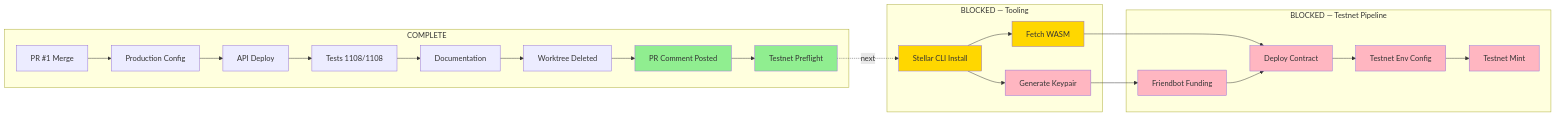
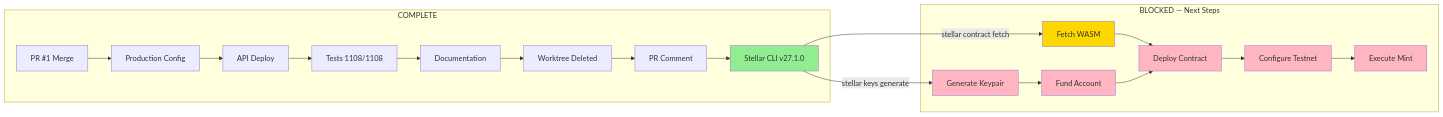
The diagram in docs/superpowers/diagrams/2026-08-19-dependency-map.md (SM-Web-Systems/lms-crypto-production), drawn with Mermaid before and after one commit. The commit also changed other lines of this file and 10 other files, not shown here.

First line of the commit message:
docs: phase 6 — Stellar CLI v27.1.0 installed, testnet readiness documented

````diff
--- a/docs/superpowers/diagrams/2026-08-19-dependency-map.md
+++ b/docs/superpowers/diagrams/2026-08-19-dependency-map.md
@@ -8,37 +8,31 @@
 ```mermaid
 graph LR
     subgraph "COMPLETE"
         PR["PR #1 Merge"] --> PROD["Production Config"]
         PROD --> DEPLOY["API Deploy"]
         DEPLOY --> TESTS["Tests 1108/1108"]
         TESTS --> DOCS["Documentation"]
         DOCS --> WT["Worktree Deleted"]
-        WT --> PRCORR["PR Comment Posted"]
-        PRCORR --> PREFLIGHT["Testnet Preflight"]
+        WT --> PRCORR["PR Comment"]
+        PRCORR --> CLI["Stellar CLI v27.1.0"]
     end
 
-    subgraph "BLOCKED — Tooling"
-        CLI["Stellar CLI Install"] --> WASM_FETCH["Fetch WASM"]
-        CLI --> KEYPAIR["Generate Keypair"]
+    subgraph "BLOCKED — Next Steps"
+        WASM["Fetch WASM"] --> CONTRACT["Deploy Contract"]
+        KEYPAIR["Generate Keypair"] --> FUND["Fund Account"]
+        FUND --> CONTRACT
+        CONTRACT --> ENV["Configure Testnet"]
+        ENV --> MINT["Execute Mint"]
     end
 
-    subgraph "BLOCKED — Testnet Pipeline"
-        KEYPAIR --> FUND["Friendbot Funding"]
-        WASM_FETCH --> CONTRACT["Deploy Contract"]
-        FUND --> CONTRACT
-        CONTRACT --> ENV["Testnet Env Config"]
-        ENV --> MINT["Testnet Mint"]
-    end
+    CLI -->|"stellar contract fetch"| WASM
+    CLI -->|"stellar keys generate"| KEYPAIR
 
-    PREFLIGHT -.->|"next"| CLI
-
-    style PRCORR fill:#90EE90
-    style PREFLIGHT fill:#90EE90
-    style CLI fill:#FFD700
-    style WASM_FETCH fill:#FFD700
+    style CLI fill:#90EE90
+    style WASM fill:#FFD700
     style KEYPAIR fill:#FFB6C1
     style FUND fill:#FFB6C1
     style CONTRACT fill:#FFB6C1
     style ENV fill:#FFB6C1
     style MINT fill:#FFB6C1
 ```
````
